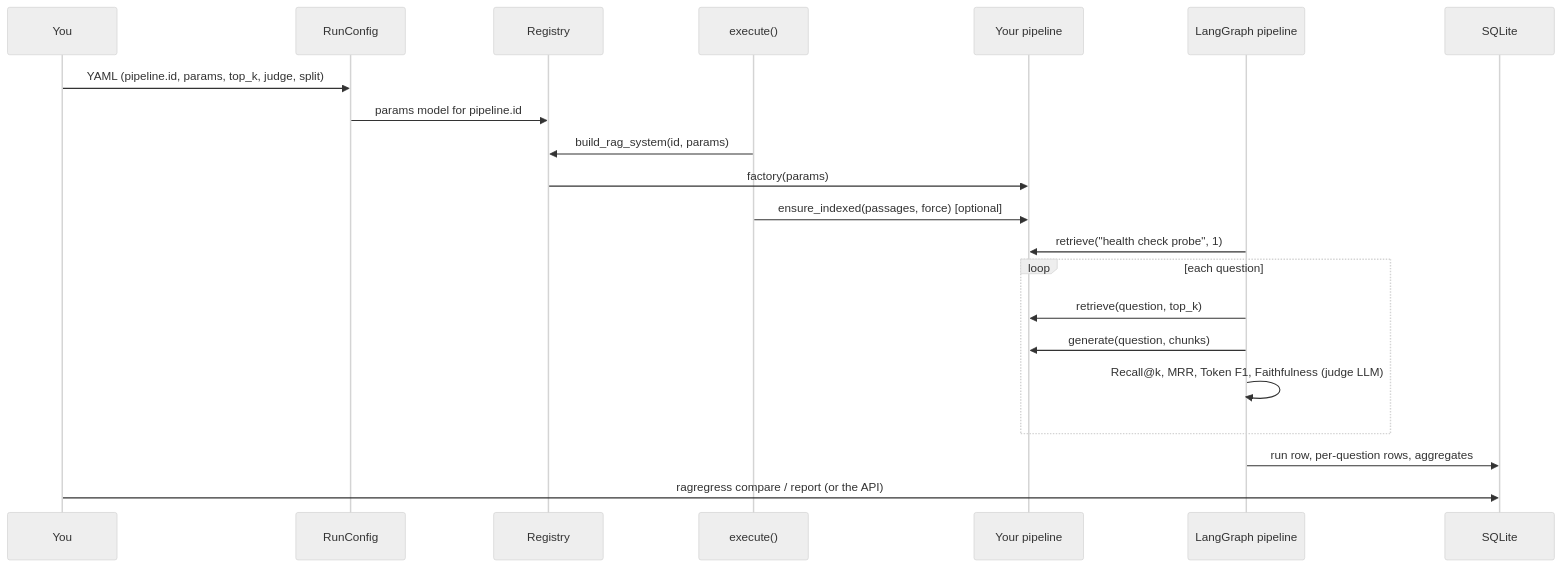
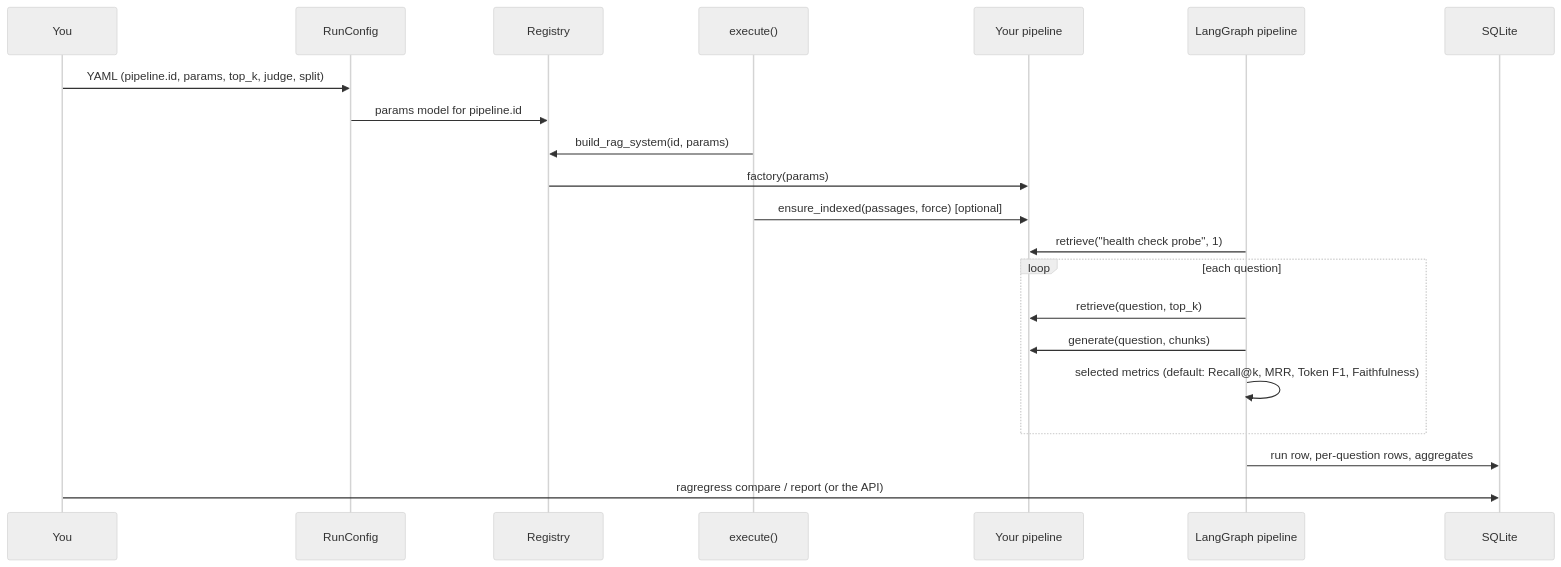
Before and after one commit to ChaitanyaDeo/rag-regression-lab: the diagram in docs/custom_pipeline.md, drawn with Mermaid (neutral theme). The commit also changed other lines of this file and 26 other files, not shown here.

````diff
--- a/docs/custom_pipeline.md
+++ b/docs/custom_pipeline.md
@@ -67,24 +67,24 @@
 ```mermaid
 sequenceDiagram
   participant U as You
   participant C as RunConfig
   participant R as Registry
   participant X as execute()
   participant P as Your pipeline
   participant G as LangGraph pipeline
   participant DB as SQLite
 
   U->>C: YAML (pipeline.id, params, top_k, judge, split)
   C->>R: params model for pipeline.id
   X->>R: build_rag_system(id, params)
   R->>P: factory(params)
   X->>P: ensure_indexed(passages, force) [optional]
   G->>P: retrieve("health check probe", 1)
   loop each question
     G->>P: retrieve(question, top_k)
     G->>P: generate(question, chunks)
-    G->>G: Recall@k, MRR, Token F1, Faithfulness (judge LLM)
+    G->>G: selected metrics (default: Recall@k, MRR, Token F1, Faithfulness)
   end
   G->>DB: run row, per-question rows, aggregates
   U->>DB: ragregress compare / report (or the API)
 ```
````
